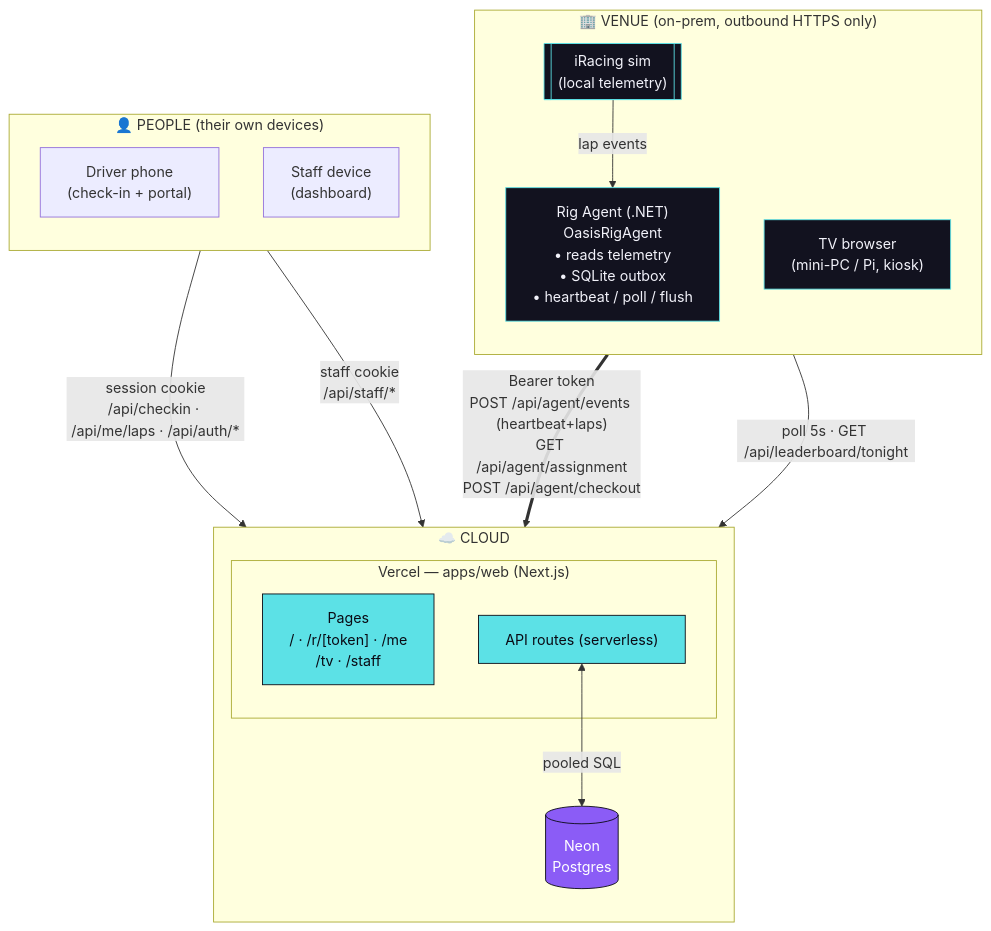
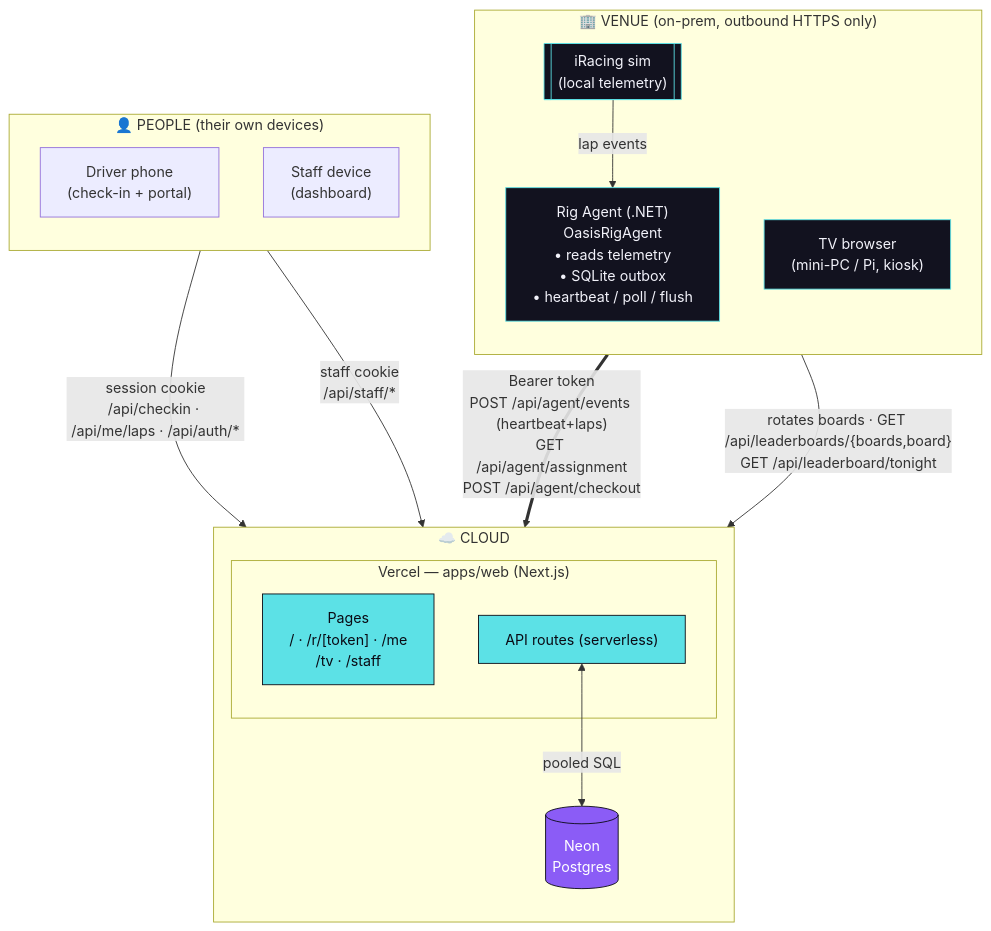
The diagram in docs/architecture.md (codyjohnsontx/oasisRaceControl), drawn with Mermaid before and after one commit. The commit also changed other lines of this file and 14 other files, not shown here.

````diff
--- a/docs/architecture.md
+++ b/docs/architecture.md
@@ -9,38 +9,38 @@
 ```mermaid
 flowchart TB
     subgraph venue["🏢 VENUE (on-prem, outbound HTTPS only)"]
         direction TB
         iracing[["iRacing sim<br/>(local telemetry)"]]
         agent["Rig Agent (.NET)<br/>OasisRigAgent<br/>• reads telemetry<br/>• SQLite outbox<br/>• heartbeat / poll / flush"]
         tv["TV browser<br/>(mini-PC / Pi, kiosk)"]
         iracing -->|"lap events"| agent
     end
 
     subgraph people["👤 PEOPLE (their own devices)"]
         direction TB
         driver["Driver phone<br/>(check-in + portal)"]
         staff["Staff device<br/>(dashboard)"]
     end
 
     subgraph cloud["☁️ CLOUD"]
         direction TB
         subgraph vercel["Vercel — apps/web (Next.js)"]
             pages["Pages<br/>/ · /r/[token] · /me<br/>/tv · /staff"]
             api["API routes (serverless)"]
         end
         neon[("Neon<br/>Postgres")]
         api <-->|"pooled SQL"| neon
     end
 
     agent ==>|"Bearer token<br/>POST /api/agent/events (heartbeat+laps)<br/>GET /api/agent/assignment<br/>POST /api/agent/checkout"| api
-    tv -->|"poll 5s · GET /api/leaderboard/tonight"| api
+    tv -->|"rotates boards · GET /api/leaderboards/{boards,board}<br/>GET /api/leaderboard/tonight"| api
     driver -->|"session cookie<br/>/api/checkin · /api/me/laps · /api/auth/*"| api
     staff -->|"staff cookie<br/>/api/staff/*"| api
 
     classDef cloudcls fill:#5ce1e6,stroke:#0a0a14,color:#0a0a14;
     classDef db fill:#8b5cf6,stroke:#0a0a14,color:#fff;
     classDef venuecls fill:#12121f,stroke:#5ce1e6,color:#f2f2fa;
     class api,pages cloudcls;
     class neon db;
     class agent,tv,iracing venuecls;
 ```
````
